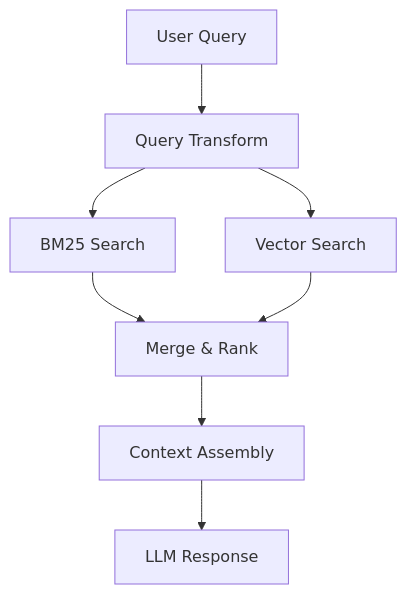
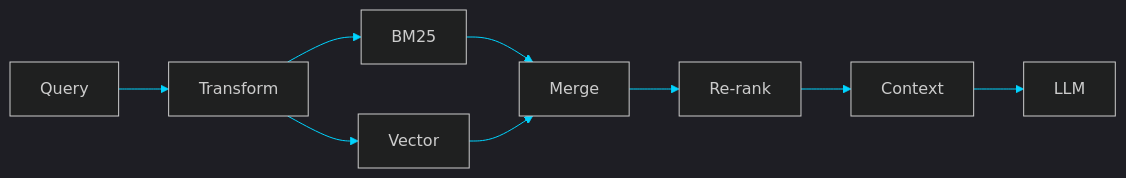
Before and after one commit to rishi-sangare/rishi-sangare: the second of 4 diagrams in README.md, drawn with Mermaid. The commit also changed other lines of this file, not shown here.

````diff
--- a/README.md
+++ b/README.md
@@ -60,10 +93,12 @@
 ```mermaid
-flowchart TD
-    A[User Query] --> B[Query Transform]
-    B --> C1[BM25 Search]
-    B --> C2[Vector Search]
-    C1 --> D[Merge & Rank]
-    C2 --> D
-    D --> E[Context Assembly]
-    E --> F[LLM Response]
+%%{init: {'theme': 'dark', 'themeVariables': { 'primaryColor': '#3fb950', 'primaryTextColor': '#fff', 'lineColor': '#00d4ff'}}}%%
+flowchart LR
+    Q[Query] --> T[Transform]
+    T --> B[BM25]
+    T --> V[Vector]
+    B --> M[Merge]
+    V --> M
+    M --> R[Re-rank]
+    R --> C[Context]
+    C --> L[LLM]
 ```
````
